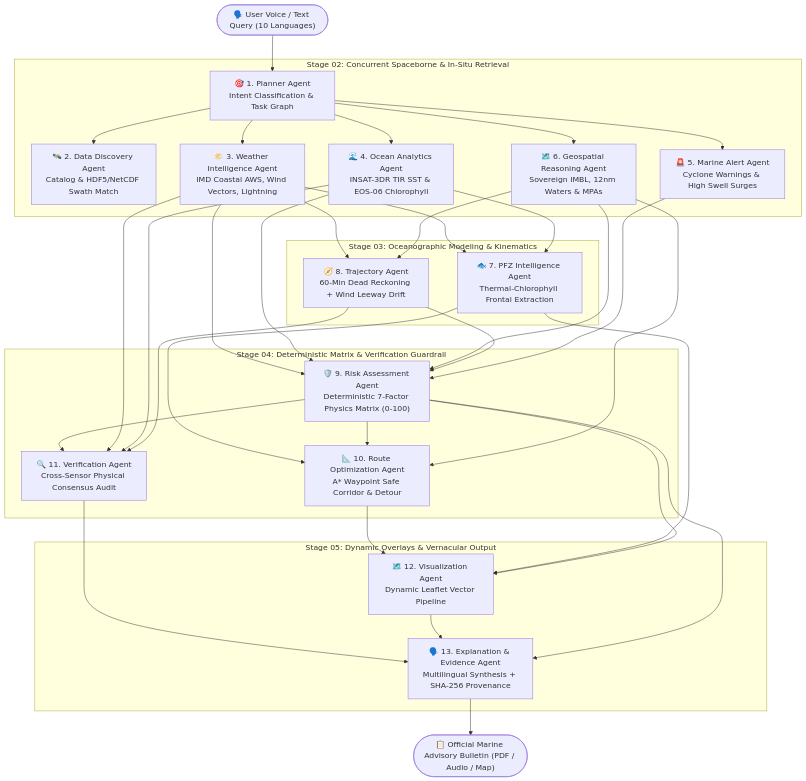
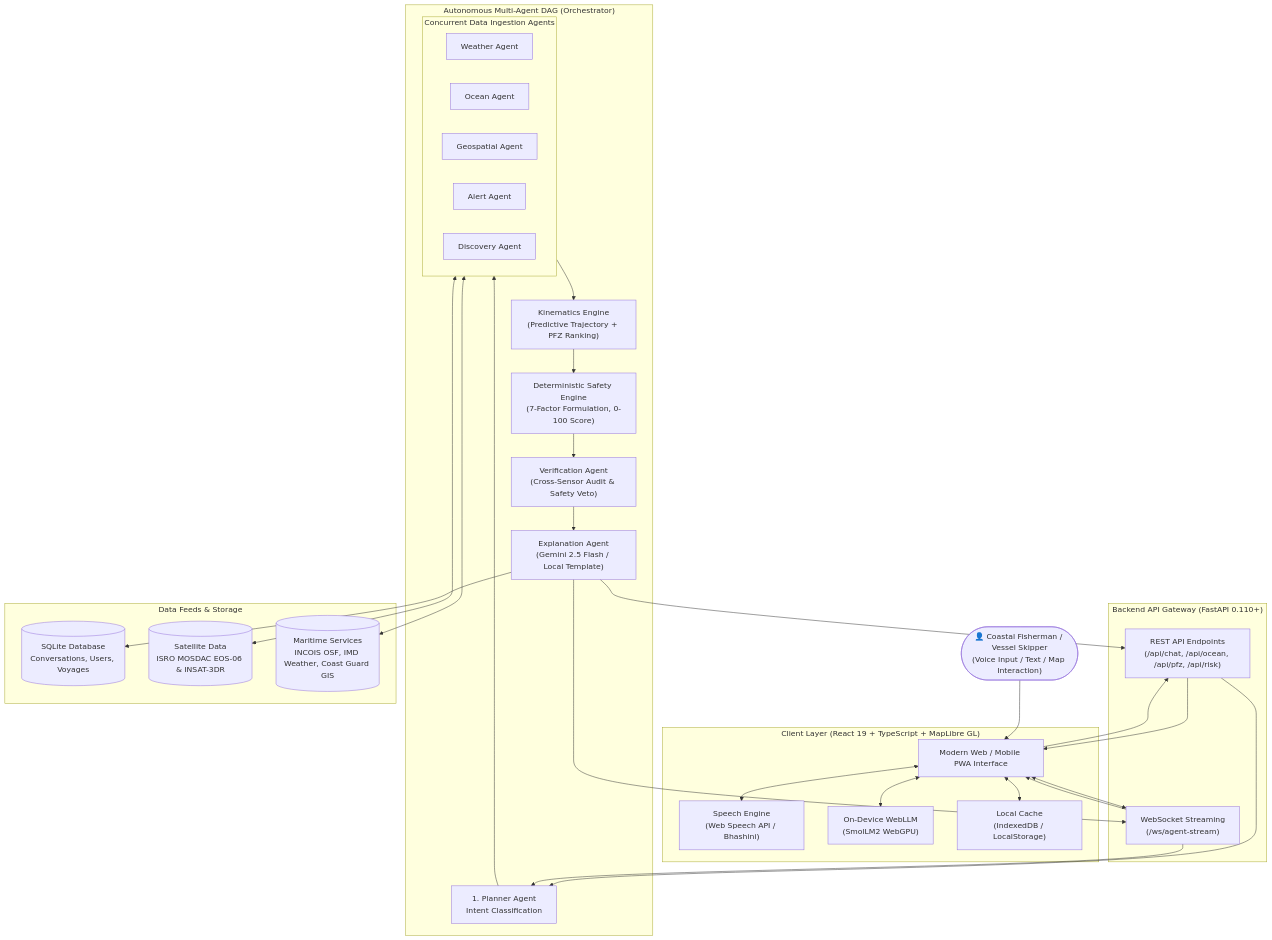
One commit to Aryan1980/navika_ai changed the diagram in README.md. Above: the diagram before and after it, drawn with Mermaid. The commit also changed other lines of this file and 1 other file, not shown here.

Commit message:
docs: overhaul README.md with comprehensive project architecture, features, and setup guide

````diff
--- a/README.md
+++ b/README.md
@@ -30,30 +218,55 @@
 ```mermaid
 flowchart TD
-    UserQuery(["🗣️ User Voice / Text Query (10 Languages)"]) --> Planner["🎯 1. Planner Agent\nIntent Classification & Task Graph"]
-    
-    subgraph ConcurrentRetrieval ["Stage 02: Concurrent Spaceborne & In-Situ Retrieval"]
-        Planner --> Discovery["🛰️ 2. Data Discovery Agent\nCatalog & HDF5/NetCDF Swath Match"]
-        Planner --> Weather["🌤️ 3. Weather Intelligence Agent\nIMD Coastal AWS, Wind Vectors, Lightning"]
-        Planner --> Ocean["🌊 4. Ocean Analytics Agent\nINSAT-3DR TIR SST & EOS-06 Chlorophyll"]
-        Planner --> Alert["🚨 5. Marine Alert Agent\nCyclone Warnings & High Swell Surges"]
-        Planner --> GIS["🗺️ 6. Geospatial Reasoning Agent\nSovereign IMBL, 12nm Waters & MPAs"]
+    User(["👤 Coastal Fisherman / Vessel Skipper\n(Voice Input / Text / Map Interaction)"])
+
+    subgraph Client ["Client Layer (React 19 + TypeScript + MapLibre GL)"]
+        UI["Modern Web / Mobile PWA Interface"]
+        VoiceHandler["Speech Engine\n(Web Speech API / Bhashini)"]
+        EdgeModel["On-Device WebLLM\n(SmolLM2 WebGPU)"]
+        LocalStore["Local Cache\n(IndexedDB / LocalStorage)"]
     end
-    
-    subgraph Modeling ["Stage 03: Oceanographic Modeling & Kinematics"]
-        Weather & Ocean --> PFZ["🐟 7. PFZ Intelligence Agent\nThermal-Chlorophyll Frontal Extraction"]
-        Weather & GIS --> Traj["🧭 8. Trajectory Agent\n60-Min Dead Reckoning + Wind Leeway Drift"]
+
+    subgraph Server ["Backend API Gateway (FastAPI 0.110+)"]
+        REST["REST API Endpoints\n(/api/chat, /api/ocean, /api/pfz, /api/risk)"]
+        WS["WebSocket Streaming\n(/ws/agent-stream)"]
     end
-    
-    subgraph SafetyAndRouting ["Stage 04: Deterministic Matrix & Verification Guardrail"]
-        Weather & Ocean & GIS & Traj & Alert --> Risk["🛡️ 9. Risk Assessment Agent\nDeterministic 7-Factor Physics Matrix (0-100)"]
-        PFZ & Risk & GIS --> Route["📐 10. Route Optimization Agent\nA* Waypoint Safe Corridor & Detour"]
-        Risk & Weather & Ocean & Traj --> Verif["🔍 11. Verification Agent\nCross-Sensor Physical Consensus Audit"]
+
+    subgraph MultiAgentSwarm ["Autonomous Multi-Agent DAG (Orchestrator)"]
+        Planner["1. Planner Agent\nIntent Classification"]
+        subgraph DataAgents ["Concurrent Data Ingestion Agents"]
+            WeatherAgent["Weather Agent"]
+            OceanAgent["Ocean Agent"]
+            GISAgent["Geospatial Agent"]
+            AlertAgent["Alert Agent"]
+            DiscoveryAgent["Discovery Agent"]
+        end
+        KinematicsEngine["Kinematics Engine\n(Predictive Trajectory + PFZ Ranking)"]
+        PhysicsMatrix["Deterministic Safety Engine\n(7-Factor Formulation, 0-100 Score)"]
+        VerificationGuard["Verification Agent\n(Cross-Sensor Audit & Safety Veto)"]
+        SynthesisEngine["Explanation Agent\n(Gemini 2.5 Flash / Local Template)"]
     end
-    
-    subgraph Synthesis ["Stage 05: Dynamic Overlays & Vernacular Output"]
-        Route & PFZ & Risk --> Viz["🗺️ 12. Visualization Agent\nDynamic Leaflet Vector Pipeline"]
-        Verif & Viz & Risk --> Expl["🗣️ 13. Explanation & Evidence Agent\nMultilingual Synthesis + SHA-256 Provenance"]
+
+    subgraph DataSources ["Data Feeds & Storage"]
+        DB[("SQLite Database\nConversations, Users, Voyages")]
+        SatelliteFeeds[("Satellite Data\nISRO MOSDAC EOS-06 & INSAT-3DR")]
+        GovtFeeds[("Maritime Services\nINCOIS OSF, IMD Weather, Coast Guard GIS")]
     end
-    
-    Expl --> FinalAdvisory(["📋 Official Marine Advisory Bulletin (PDF / Audio / Map)"])
+
+    User --> UI
+    UI <--> VoiceHandler
+    UI <--> EdgeModel
+    UI <--> LocalStore
+    UI --> REST
+    UI <--> WS
+
+    REST & WS --> Planner
+    Planner --> DataAgents
+    DataAgents <--> SatelliteFeeds & GovtFeeds
+    DataAgents --> KinematicsEngine
+    KinematicsEngine --> PhysicsMatrix
+    PhysicsMatrix --> VerificationGuard
+    VerificationGuard --> SynthesisEngine
+    SynthesisEngine --> DB
+    SynthesisEngine --> REST & WS
+    REST & WS --> UI
 ```
````
